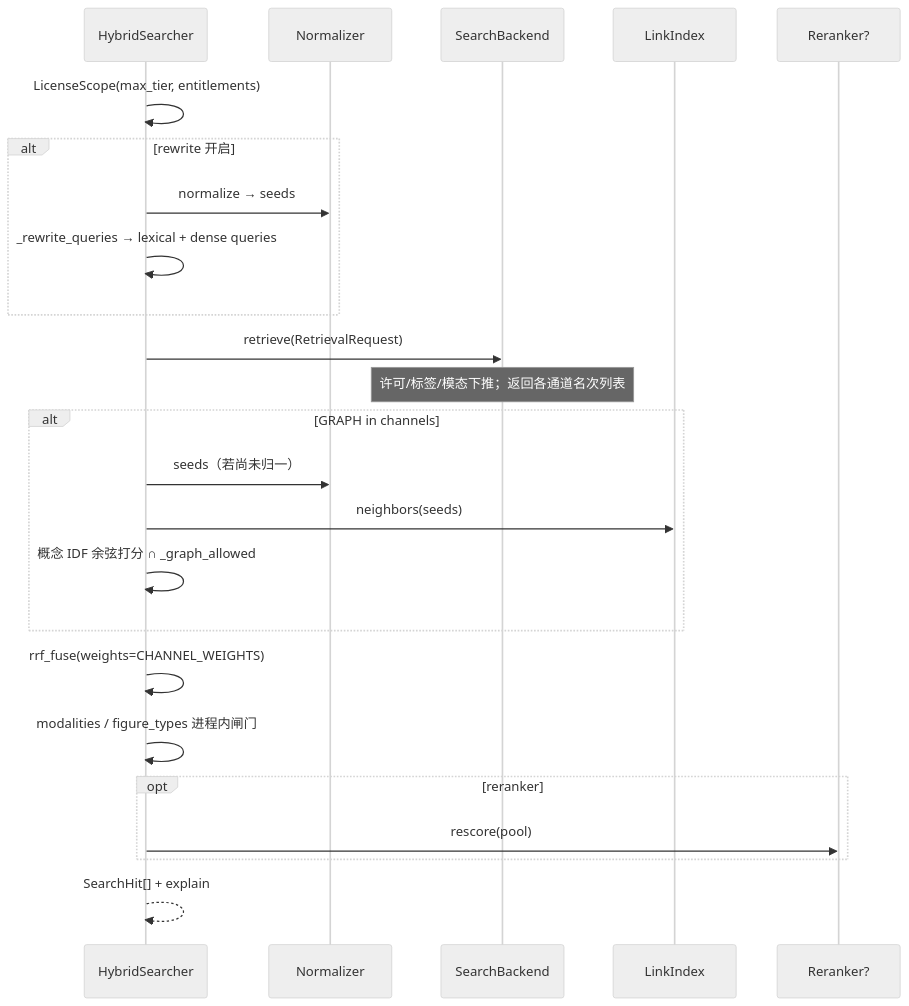
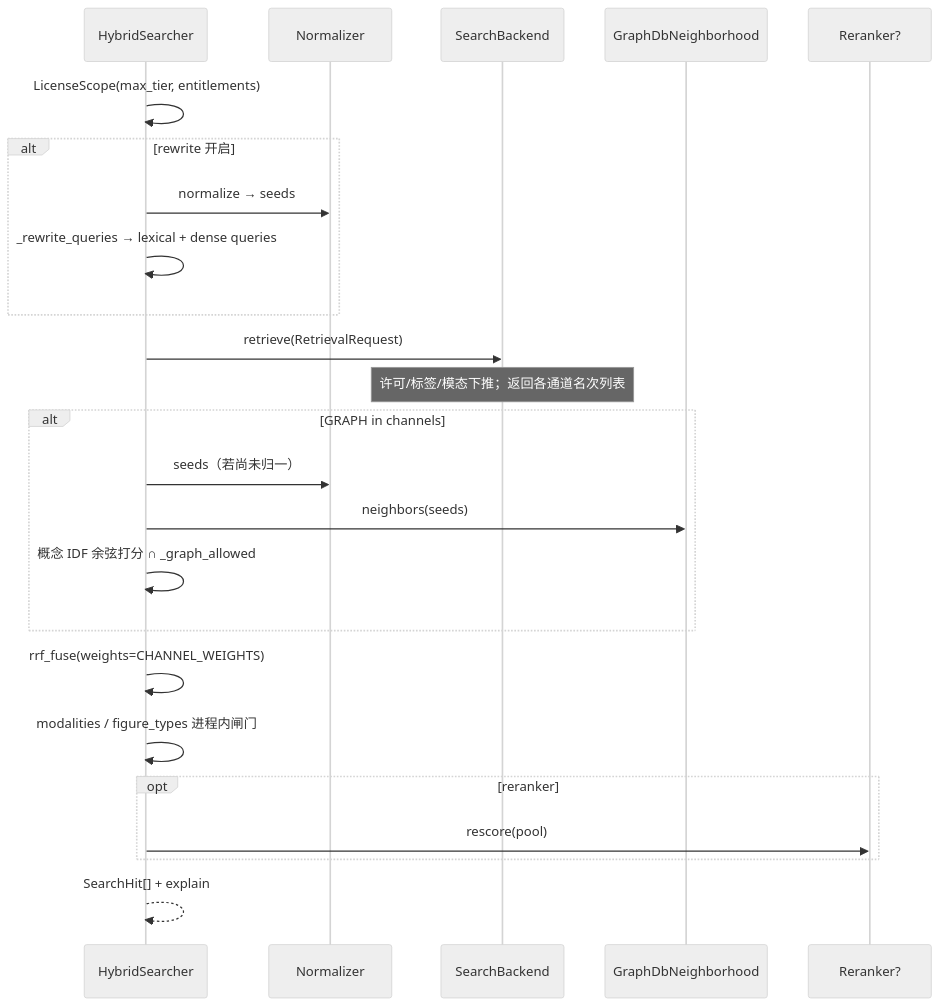
Before and after one commit to zhiweio/biomed-ontology: the diagram in docs/retrieval/hybrid.md, drawn with Mermaid (neutral theme). The commit also changed other lines of this file and 43 other files, not shown here.

First line of the commit message:
refactor: remove local backend, migrate to pure milvus + graphdb path

````diff
--- a/docs/retrieval/hybrid.md
+++ b/docs/retrieval/hybrid.md
@@ -17,27 +17,27 @@
 ```mermaid
 sequenceDiagram
   participant H as HybridSearcher
   participant N as Normalizer
   participant B as SearchBackend
-  participant G as LinkIndex
+  participant G as GraphDbNeighborhood
   participant R as Reranker?
 
   H->>H: LicenseScope(max_tier, entitlements)
   alt rewrite 开启
     H->>N: normalize → seeds
     H->>H: _rewrite_queries → lexical + dense queries
   end
   H->>B: retrieve(RetrievalRequest)
   Note over B: 许可/标签/模态下推；返回各通道名次列表
   alt GRAPH in channels
     H->>N: seeds（若尚未归一）
     H->>G: neighbors(seeds)
     H->>H: 概念 IDF 余弦打分 ∩ _graph_allowed
   end
   H->>H: rrf_fuse(weights=CHANNEL_WEIGHTS)
   H->>H: modalities / figure_types 进程内闸门
   opt reranker
     H->>R: rescore(pool)
   end
   H-->>H: SearchHit[] + explain
 ```
````
